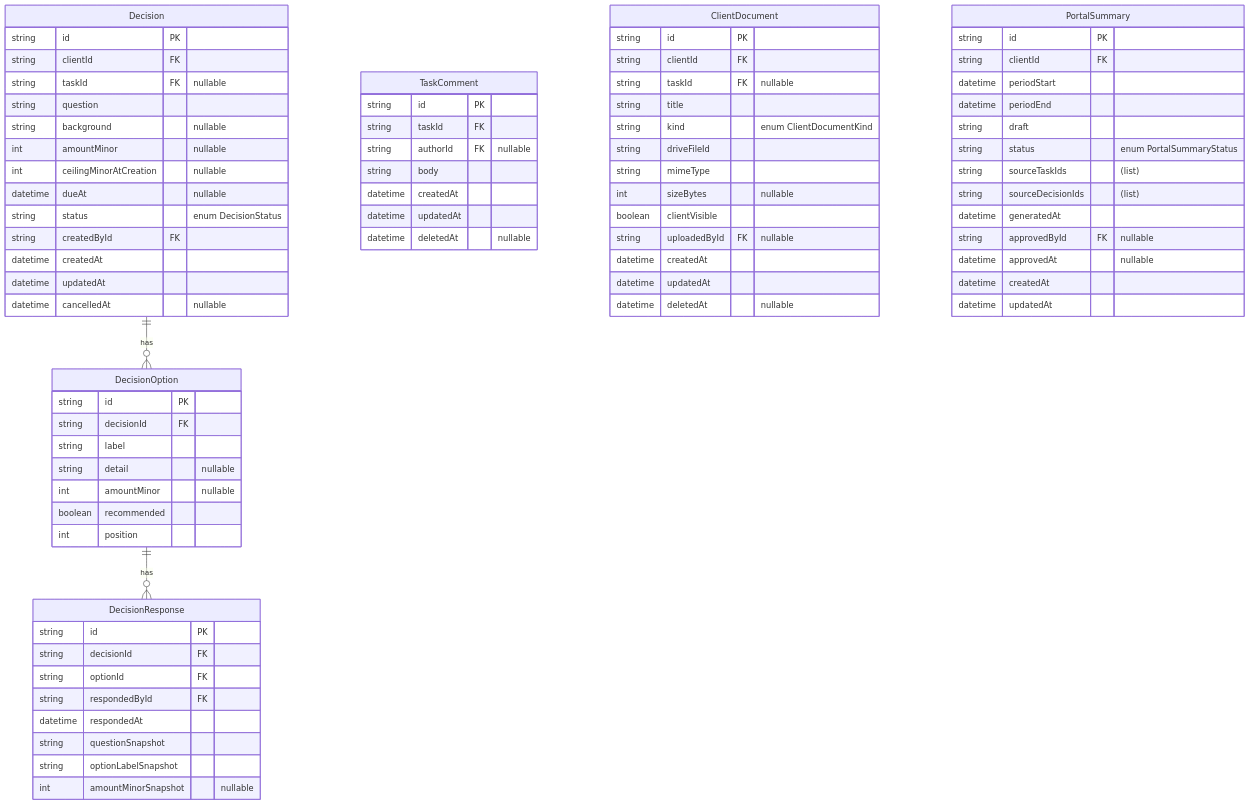
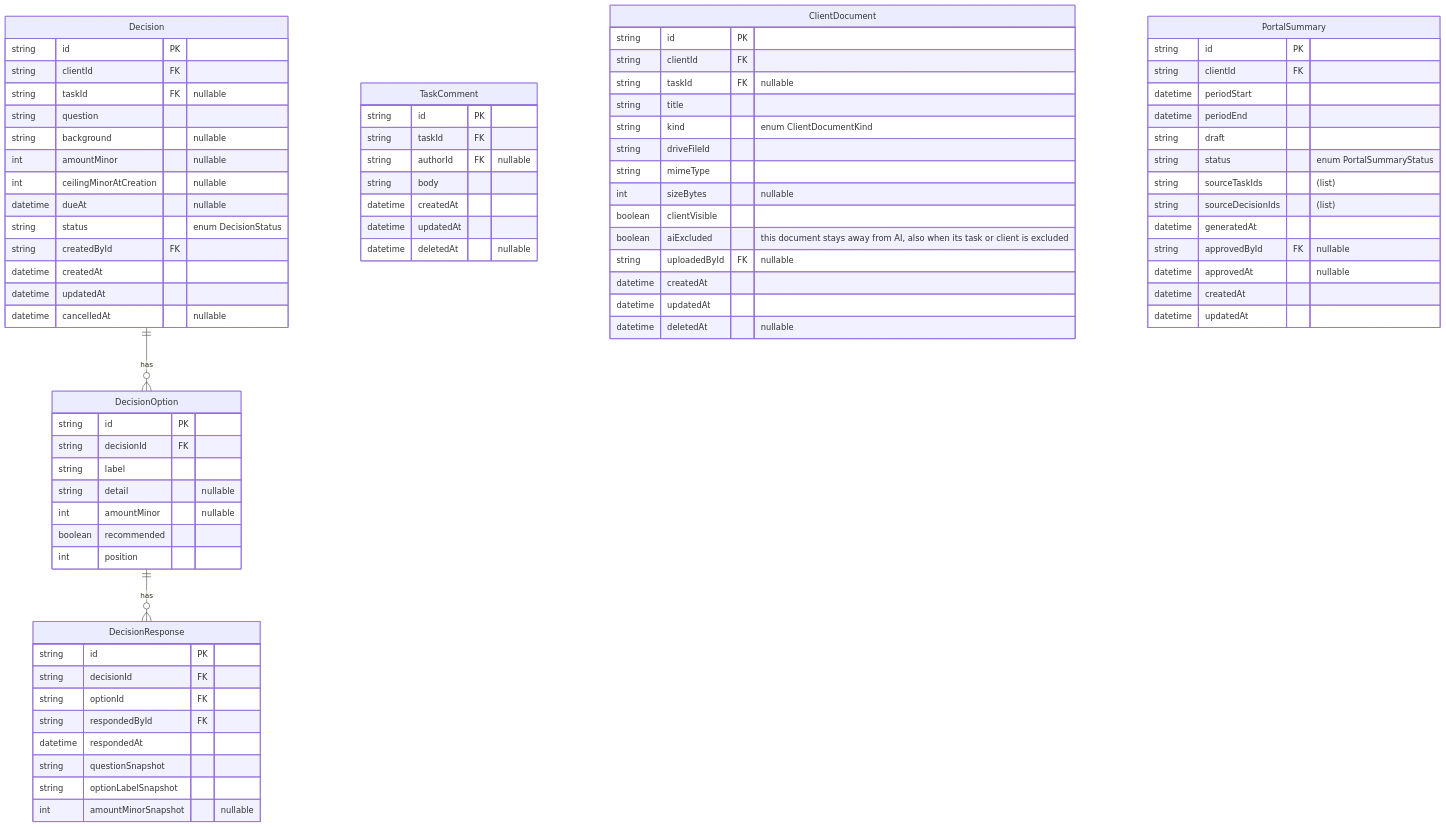
Before and after one commit to arielankora/ankora-website: the fourth of 10 diagrams in docs/erd.md, drawn with Mermaid. The commit also changed other lines of this file and 8 other files, not shown here.

First line of the commit message:
תיעוד: בדיקה שבועית 1.11 - מדריך, ERD ו-README

```diff
--- a/docs/erd.md
+++ b/docs/erd.md
@@ -593,6 +597,7 @@
         string mimeType
         int sizeBytes "nullable"
         boolean clientVisible
+        boolean aiExcluded "this document stays away from AI, also when its task or client is excluded"
         string uploadedById FK "nullable"
         datetime createdAt
         datetime updatedAt
```
